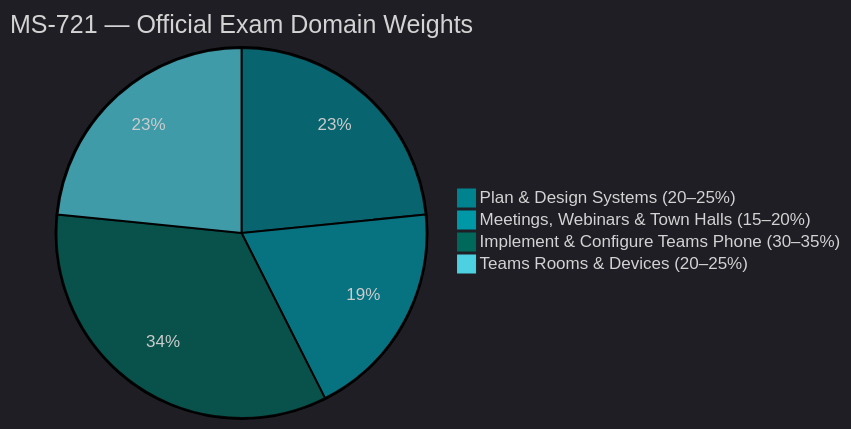
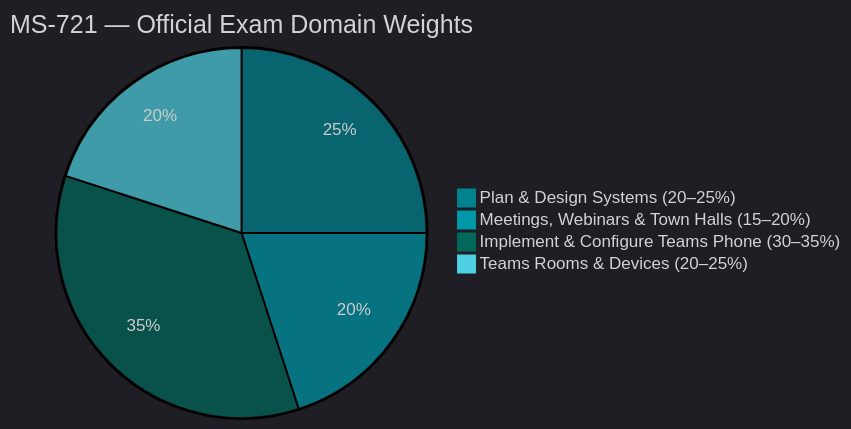
Before and after one commit to marcogrimaldi29/ms-721-study-notes: the first of 2 diagrams in index.md, drawn with Mermaid. The commit also changed 5 other files, not shown here.

Commit message:
Updated Mermaid format

````diff
--- a/index.md
+++ b/index.md
@@ -42,8 +42,8 @@
 ```mermaid
 %%{init: {"theme":"dark","themeVariables":{"primaryTextColor":"#ffffff","secondaryTextColor":"#e8eaed","pie1":"#00838f","pie2":"#0097a7","pie3":"#00695c","pie4":"#4dd0e1"}}}%%
 pie title MS-721 — Official Exam Domain Weights
-    " Plan & Design Systems (20–25%)" : 22
-    " Meetings, Webinars & Town Halls (15–20%)" : 18
-    " Implement & Configure Teams Phone (30–35%)" : 32
-    " Teams Rooms & Devices (20–25%)" : 22
+    " Plan & Design Systems (20–25%)" : 25
+    " Meetings, Webinars & Town Halls (15–20%)" : 20
+    " Implement & Configure Teams Phone (30–35%)" : 35
+    " Teams Rooms & Devices (20–25%)" : 20
 ```
````
